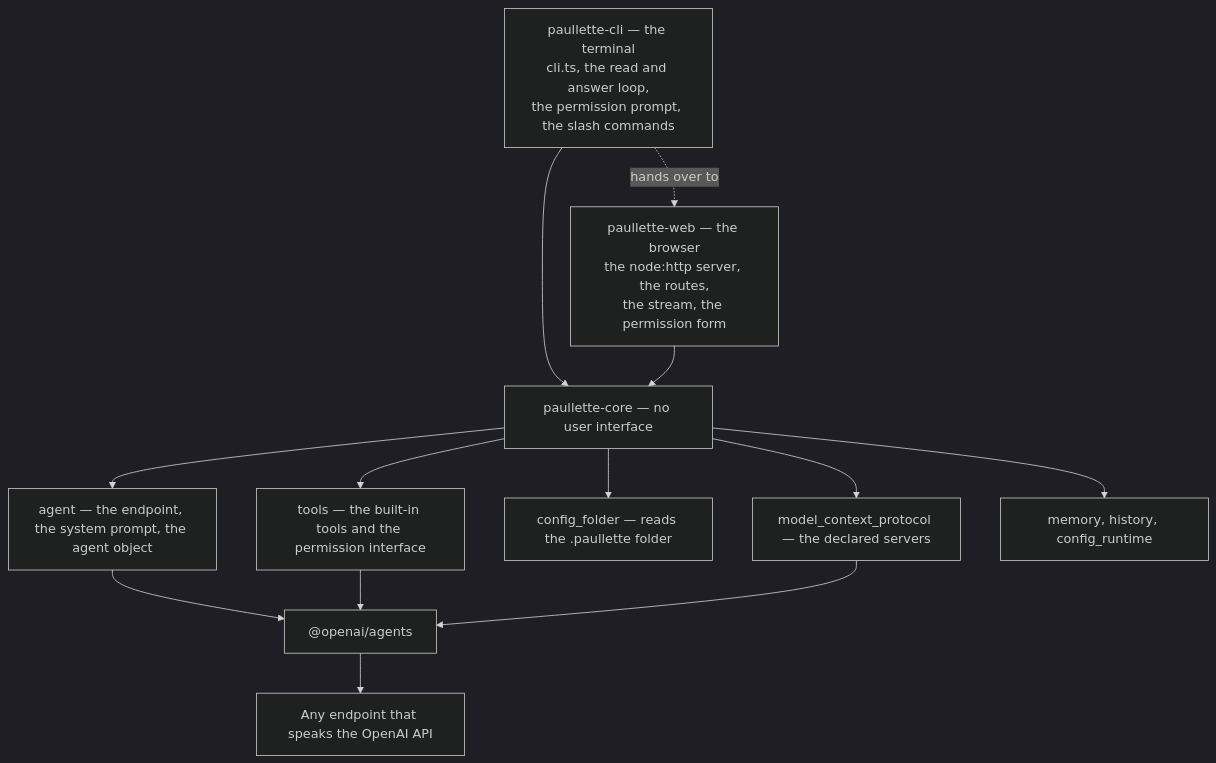
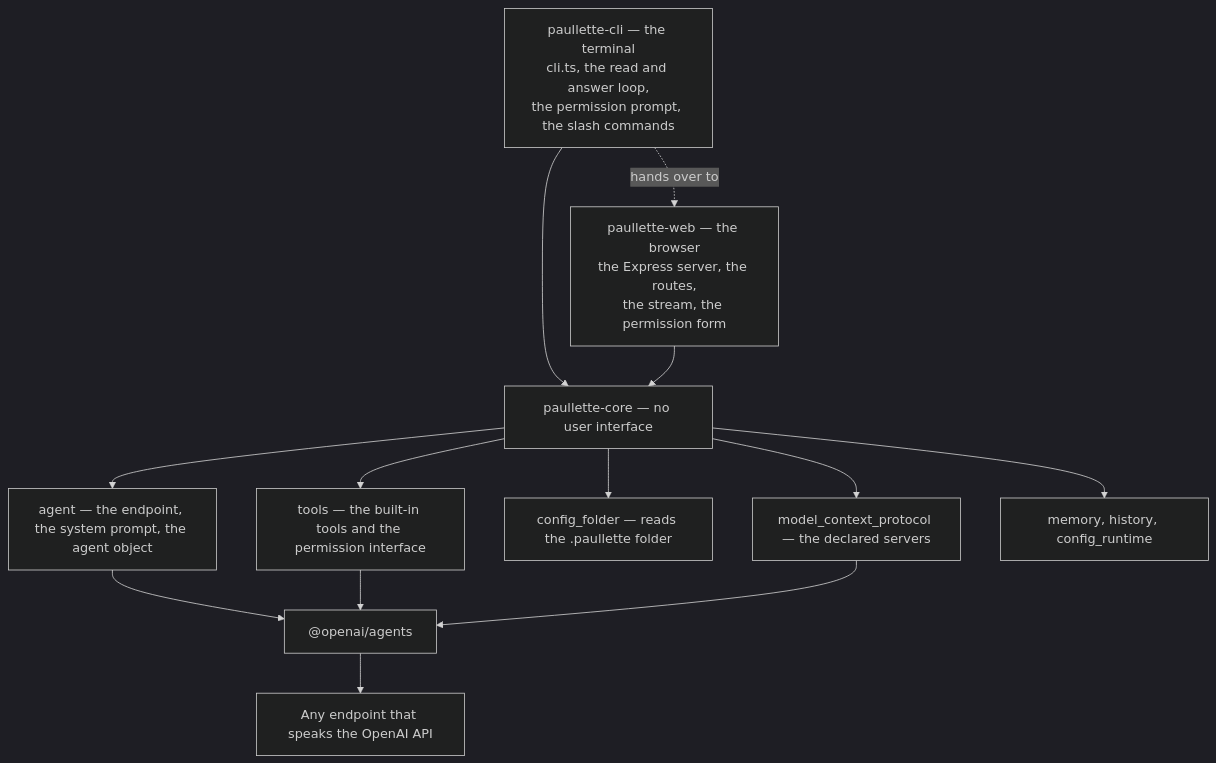
One commit to jeromeetienne/paullette changed the first of 2 diagrams in docs/architecture.md. Above: the diagram before and after it, drawn with Mermaid (dark theme). The commit also changed other lines of this file and 18 other files, not shown here.

````diff
--- a/docs/architecture.md
+++ b/docs/architecture.md
@@ -29,26 +29,26 @@
 ```mermaid
 flowchart TD
 	CLI["paullette-cli — the terminal<br/>cli.ts, the read and answer loop,<br/>the permission prompt, the slash commands"]
-	WEB["paullette-web — the browser<br/>the node:http server, the routes,<br/>the stream, the permission form"]
+	WEB["paullette-web — the browser<br/>the Express server, the routes,<br/>the stream, the permission form"]
 	CORE["paullette-core — no user interface"]
 	AGENT["agent — the endpoint, the system prompt, the agent object"]
 	TOOLS["tools — the built-in tools and the permission interface"]
 	FOLDER["config_folder — reads the .paullette folder"]
 	MCP["model_context_protocol — the declared servers"]
 	STATE["memory, history, config_runtime"]
 	SDK["@openai/agents"]
 	ENDPOINT["Any endpoint that speaks the OpenAI API"]
 
 	CLI --> CORE
 	CLI -. hands over to .-> WEB
 	WEB --> CORE
 	CORE --> AGENT
 	CORE --> TOOLS
 	CORE --> FOLDER
 	CORE --> MCP
 	CORE --> STATE
 	AGENT --> SDK
 	TOOLS --> SDK
 	MCP --> SDK
 	SDK --> ENDPOINT
 ```
````
